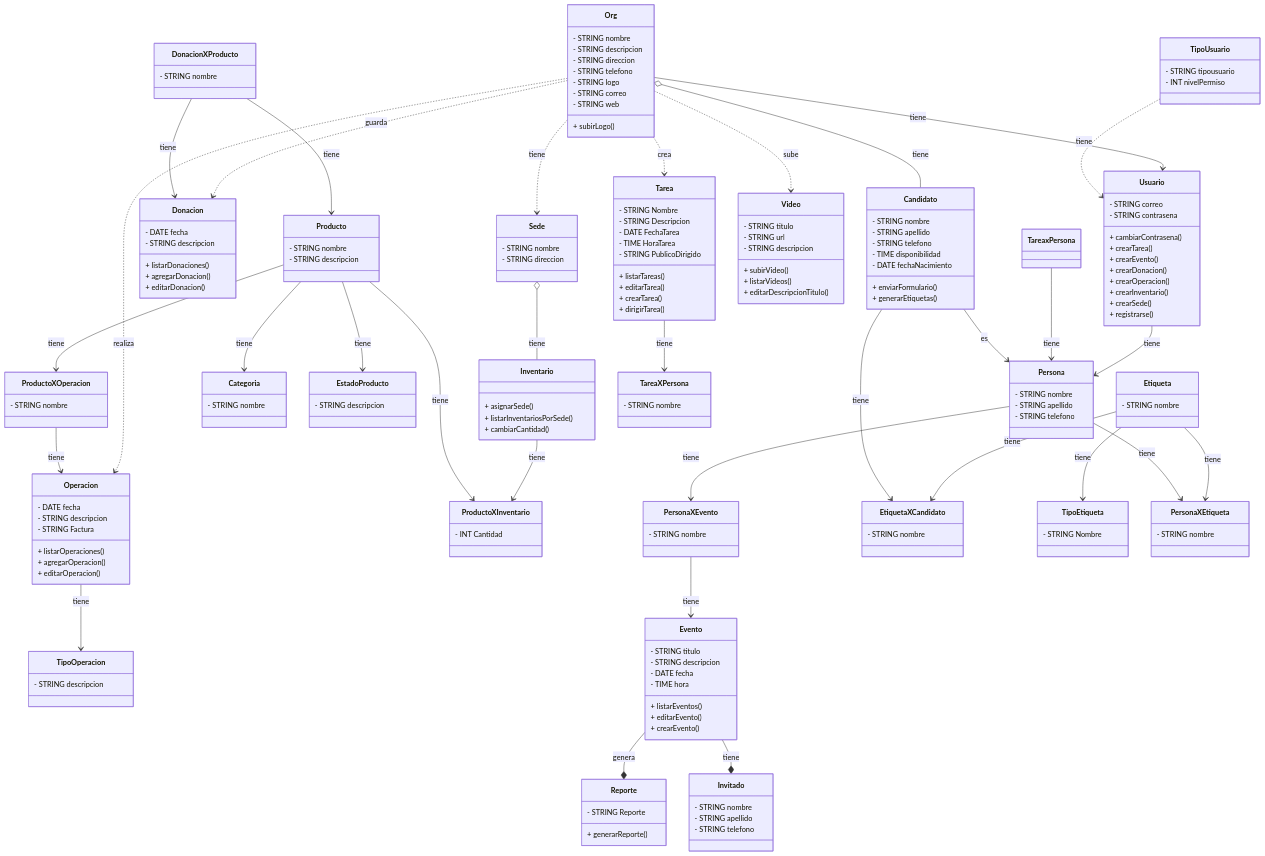
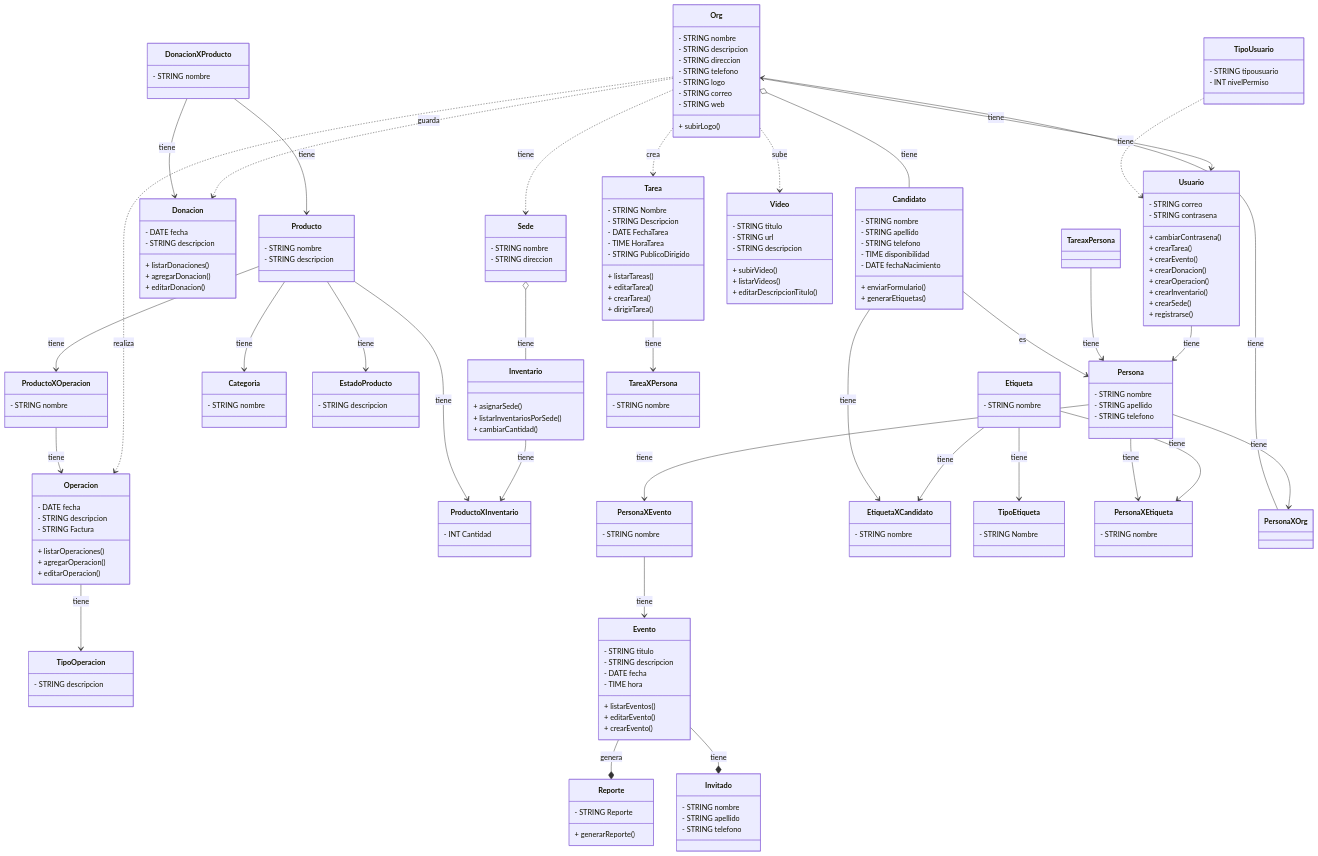
One commit to facugirardi/Vaid changed the diagram in docs/classDiagram.mmd. Above: the diagram before and after it, drawn with Mermaid.

```diff
--- a/docs/classDiagram.mmd
+++ b/docs/classDiagram.mmd
@@ -31,6 +31,8 @@
 Candidato --> EtiquetaXCandidato : tiene
 Persona --> PersonaXEtiqueta : tiene
 Candidato --> Persona : es
+Persona --> PersonaXOrg : tiene
+PersonaXOrg --> Org : tiene
 
     class TipoUsuario {
         - STRING tipousuario
@@ -132,6 +134,9 @@
         - STRING descripcion
     }
 
+    class PersonaXOrg {
+    }
+
     class ProductoXOperacion{
         - STRING nombre
     }
```
